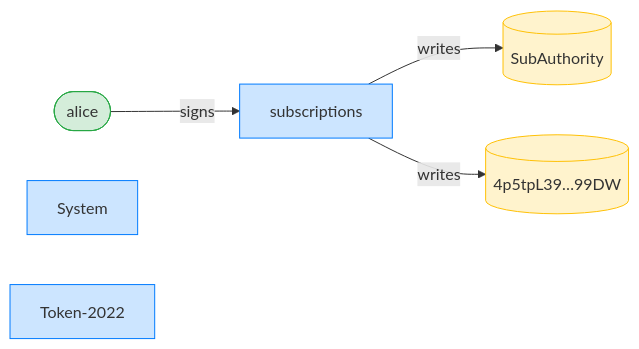
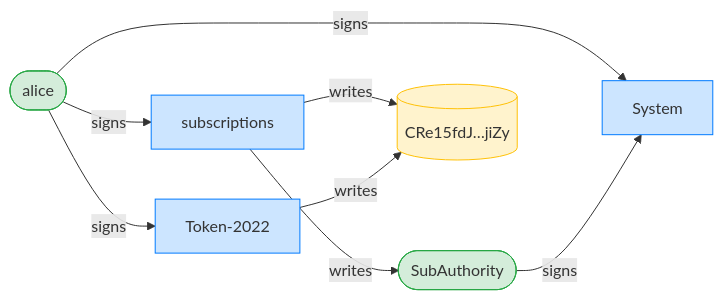
One commit to cds-rs/subscriptions changed the third of 12 diagrams in dsl_tests/recurring-transfer-over-a-token-2022-unconfigured-transfer-hook-mint.md. Above: the diagram before and after it, drawn with Mermaid. The commit also changed other lines of this file and 224 other files, not shown here.

````diff
--- a/dsl_tests/recurring-transfer-over-a-token-2022-unconfigured-transfer-hook-mint.md
+++ b/dsl_tests/recurring-transfer-over-a-token-2022-unconfigured-transfer-hook-mint.md
@@ -55,15 +56,19 @@
 ```mermaid
 flowchart LR
     classDef signer fill:#d4edda,stroke:#28a745;
     classDef program fill:#cce5ff,stroke:#007bff;
     classDef writable fill:#fff3cd,stroke:#ffc107;
     subscriptions[subscriptions]:::program
     alice([alice]):::signer
-    SubAuthority[(SubAuthority)]:::writable
-    4p5tpL39_99DW[("4p5tpL39…99DW")]:::writable
+    SubAuthority([SubAuthority]):::signer
+    CRe15fdJ_jiZy[("CRe15fdJ…jiZy")]:::writable
     System[System]:::program
     Token_2022["Token-2022"]:::program
     alice -->|signs| subscriptions
+    alice -->|signs| System
+    SubAuthority -->|signs| System
+    alice -->|signs| Token_2022
     subscriptions -->|writes| SubAuthority
-    subscriptions -->|writes| 4p5tpL39_99DW
+    subscriptions -->|writes| CRe15fdJ_jiZy
+    Token_2022 -->|writes| CRe15fdJ_jiZy
 ```
````
